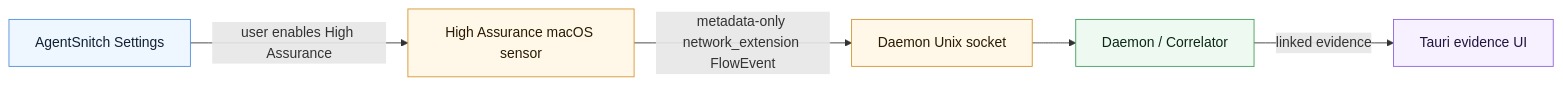
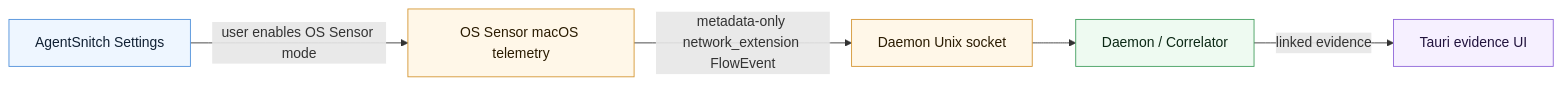
The second of 2 diagrams in docs/getting-started.md (somoore/agentsnitch), drawn with Mermaid before and after one commit. The commit also changed other lines of this file and 47 other files, not shown here.

````diff
--- a/docs/getting-started.md
+++ b/docs/getting-started.md
@@ -138,23 +153,23 @@
 ```mermaid
 flowchart LR
     classDef app fill:#eef6ff,stroke:#4c8eda,color:#102033
     classDef sensor fill:#fff7e8,stroke:#d4942f,color:#2a1b00
     classDef daemon fill:#eefaf1,stroke:#3f9d5c,color:#0b2815
     classDef ui fill:#f6f0ff,stroke:#8c63d8,color:#21133d
 
     Settings["AgentSnitch Settings"]
-    NE["High Assurance macOS sensor"]
+    NE["OS Sensor macOS telemetry"]
     Socket["Daemon Unix socket"]
     Correlator["Daemon / Correlator"]
     UI["Tauri evidence UI"]
 
-    Settings -->|"user enables High Assurance"| NE
+    Settings -->|"user enables OS Sensor mode"| NE
     NE -->|"metadata-only network_extension FlowEvent"| Socket
     Socket --> Correlator
     Correlator -->|"linked evidence"| UI
 
     class Settings app
     class NE,Socket sensor
     class Correlator daemon
     class UI ui
 ```
````
